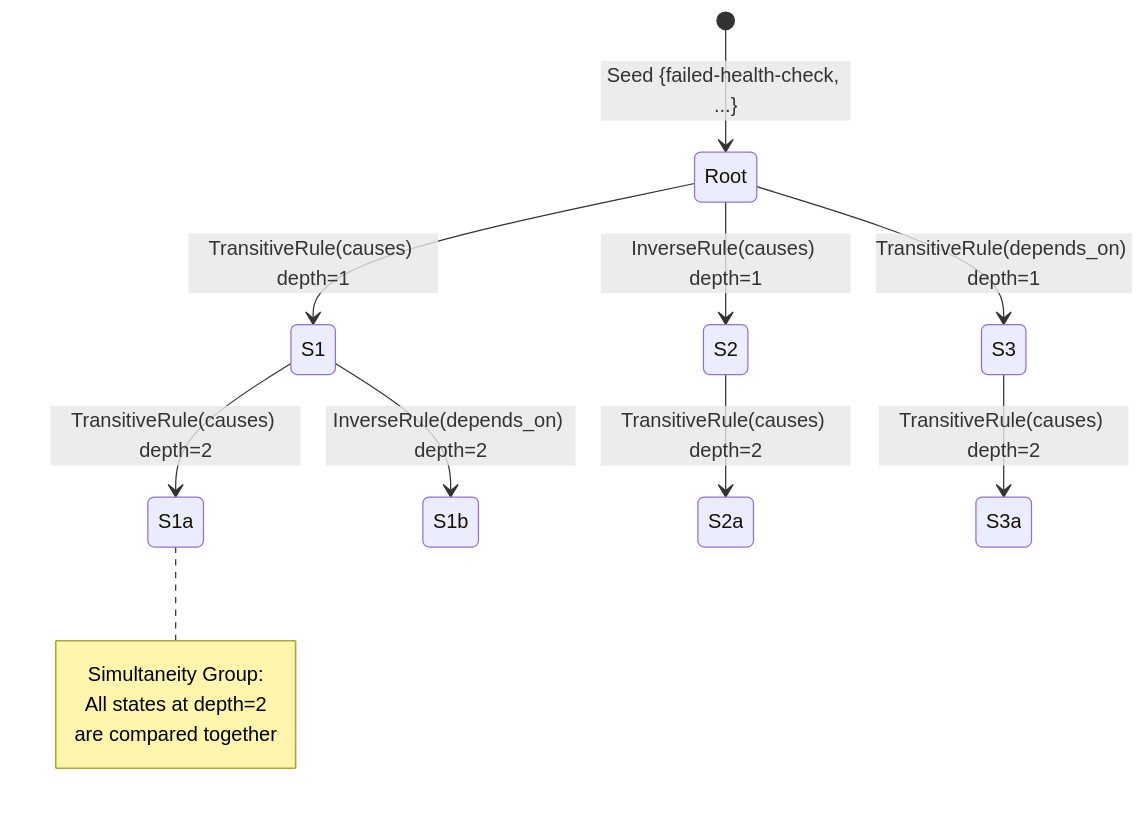
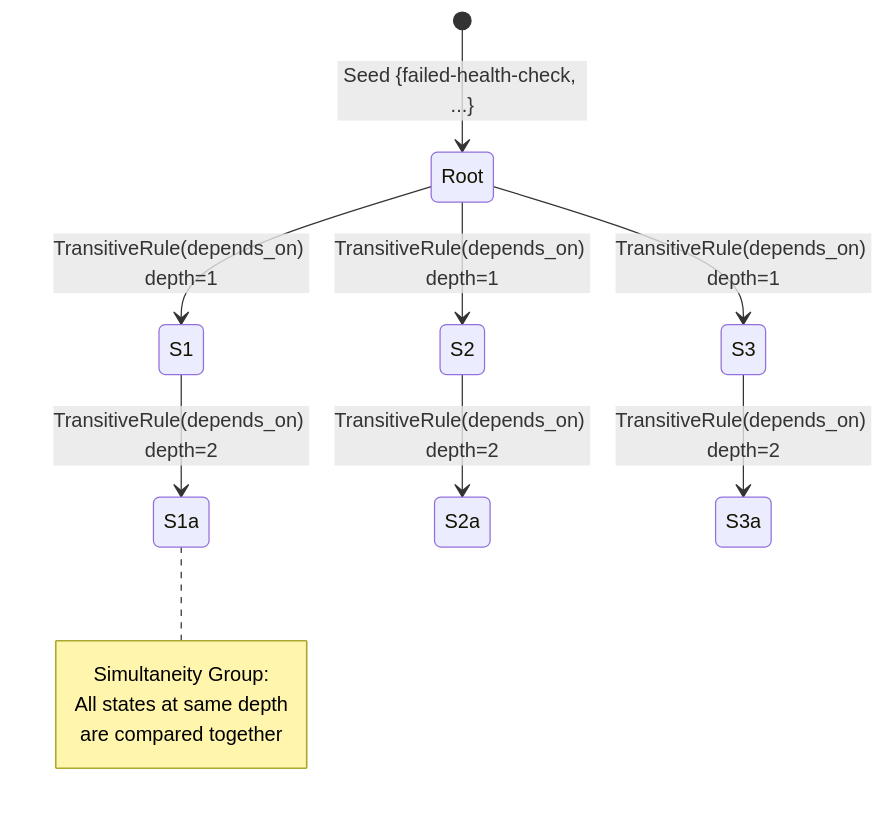
Before and after one commit to antquinonez/Hyper3: the third of 4 diagrams in examples/showcase/reasoning/multiway_reasoning/README.md, drawn with Mermaid. The commit also changed other lines of this file and 2 other files, not shown here.

First line of the commit message:
Fix showcase README/slides accuracy: describe actual output at max_states=50

````diff
--- a/examples/showcase/reasoning/multiway_reasoning/README.md
+++ b/examples/showcase/reasoning/multiway_reasoning/README.md
@@ -207,18 +237,17 @@
 ```mermaid
 stateDiagram-v2
     [*] --> Root: Seed {failed-health-check, ...}
-    Root --> S1: TransitiveRule(causes) depth=1
-    Root --> S2: InverseRule(causes) depth=1
+    Root --> S1: TransitiveRule(depends_on) depth=1
+    Root --> S2: TransitiveRule(depends_on) depth=1
     Root --> S3: TransitiveRule(depends_on) depth=1
 
-    S1 --> S1a: TransitiveRule(causes) depth=2
-    S1 --> S1b: InverseRule(depends_on) depth=2
-    S2 --> S2a: TransitiveRule(causes) depth=2
-    S3 --> S3a: TransitiveRule(causes) depth=2
+    S1 --> S1a: TransitiveRule(depends_on) depth=2
+    S2 --> S2a: TransitiveRule(depends_on) depth=2
+    S3 --> S3a: TransitiveRule(depends_on) depth=2
 
     note right of S1a
         Simultaneity Group:
-        All states at depth=2
+        All states at same depth
         are compared together
     end note
 ```
````
